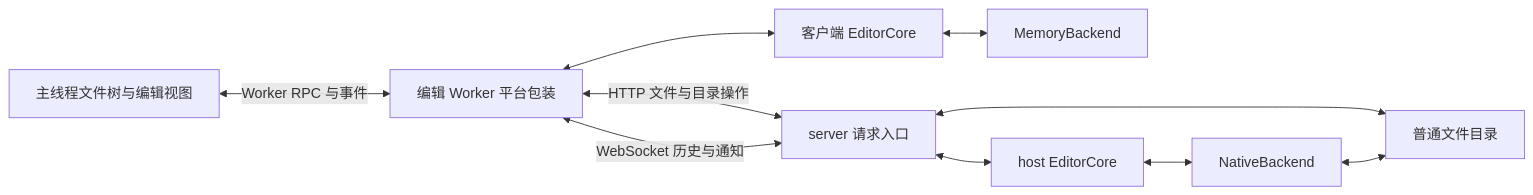
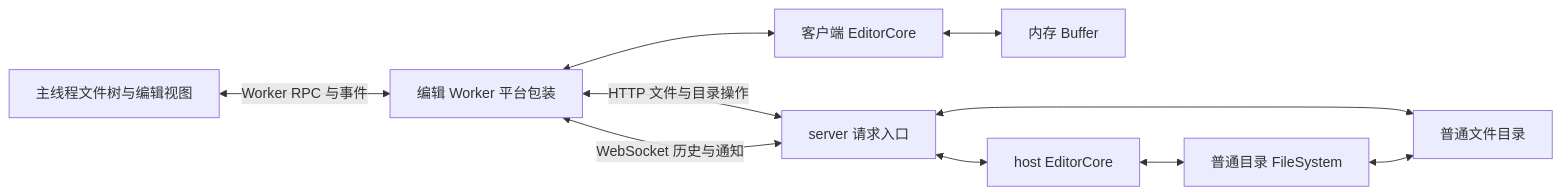
One commit to AzurIce/celestite changed the diagram in docs/state/web.md. Above: the diagram before and after it, drawn with Mermaid. The commit also changed other lines of this file and 165 other files, not shown here.

````diff
--- a/docs/state/web.md
+++ b/docs/state/web.md
@@ -94,20 +98,20 @@
 ```mermaid
 flowchart LR
   U[主线程文件树与编辑视图]
   W[编辑 Worker 平台包装]
   C[客户端 EditorCore]
-  M[MemoryBackend]
+  M[内存 Buffer]
   S[server 请求入口]
   H[host EditorCore]
-  B[NativeBackend]
+  B[普通目录 FileSystem]
   F[普通文件目录]
   U <-->|Worker RPC 与事件| W
   W <--> C
   C <--> M
   W <-->|HTTP 文件与目录操作| S
   W <-->|WebSocket 历史与通知| S
   S <--> H
   S <--> F
   H <--> B
   B <--> F
 ```
````
